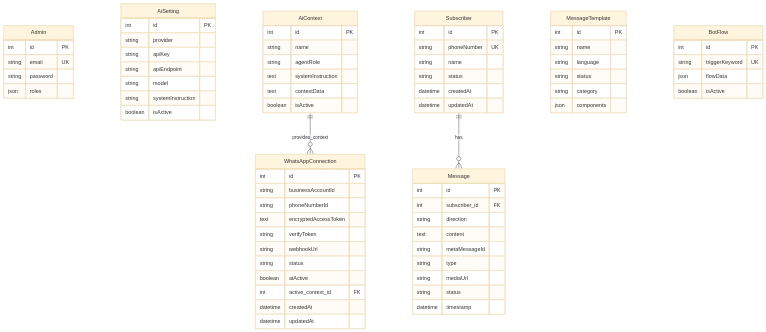
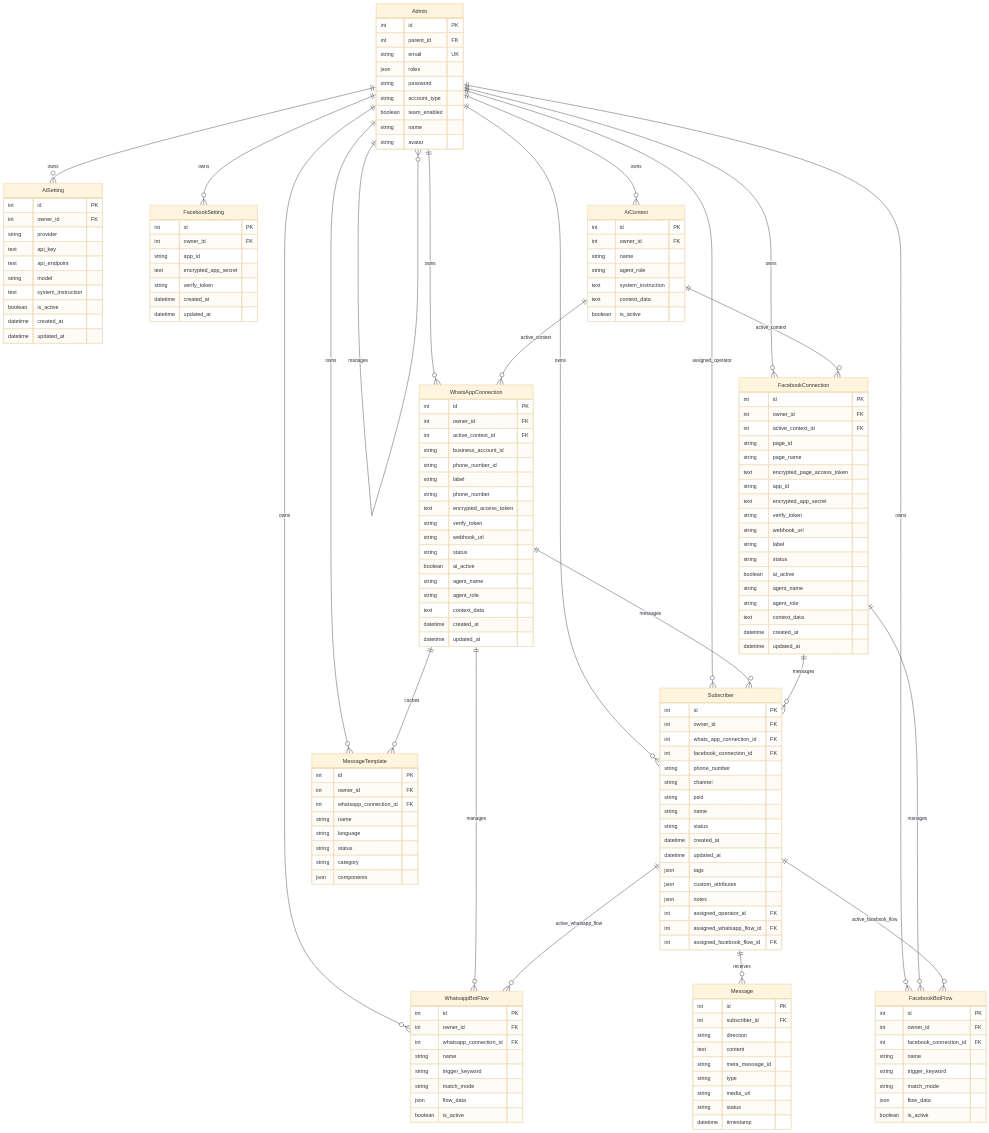
Before and after one commit to BloodCorrupt/OpenSquadron: the first of 2 diagrams in context.md, drawn with Mermaid (base theme). The commit also changed other lines of this file and 3 other files, not shown here.

````diff
--- a/context.md
+++ b/context.md
@@ -76,51 +93,108 @@
 erDiagram
     Admin {
         int id PK
+        int parent_id FK
         string email UK
+        json roles
         string password
-        json roles
+        string account_type
+        boolean team_enabled
+        string name
+        string avatar
     }
 
     WhatsAppConnection {
         int id PK
-        string businessAccountId
-        string phoneNumberId
-        text encryptedAccessToken
-        string verifyToken
-        string webhookUrl
+        int owner_id FK
+        int active_context_id FK
+        string business_account_id
+        string phone_number_id
+        string label
+        string phone_number
+        text encrypted_access_token
+        string verify_token
+        string webhook_url
         string status
-        boolean aiActive
+        boolean ai_active
+        string agent_name
+        string agent_role
+        text context_data
+        datetime created_at
+        datetime updated_at
+    }
+
+    FacebookConnection {
+        int id PK
+        int owner_id FK
         int active_context_id FK
-        datetime createdAt
-        datetime updatedAt
+        string page_id
+        string page_name
+        text encrypted_page_access_token
+        string app_id
+        text encrypted_app_secret
+        string verify_token
+        string webhook_url
+        string label
+        string status
+        boolean ai_active
+        string agent_name
+        string agent_role
+        text context_data
+        datetime created_at
+        datetime updated_at
     }
 
     AiSetting {
         int id PK
+        int owner_id FK
         string provider
-        string apiKey
-        string apiEndpoint
+        text api_key
+        text api_endpoint
         string model
-        string systemInstruction
-        boolean isActive
+        text system_instruction
+        boolean is_active
+        datetime created_at
+        datetime updated_at
+    }
+
+    FacebookSetting {
+        int id PK
+        int owner_id FK
+        string app_id
+        text encrypted_app_secret
+        string verify_token
+        datetime created_at
+        datetime updated_at
     }
 
     AiContext {
         int id PK
+        int owner_id FK
         string name
-        string agentRole
-        text systemInstruction
-        text contextData
-        boolean isActive
+        string agent_role
+        text system_instruction
+        text context_data
+        boolean is_active
     }
 
     Subscriber {
         int id PK
-        string phoneNumber UK
+        int owner_id FK
+        int whats_app_connection_id FK
+        int facebook_connection_id FK
+        string phone_number
+        string channel
+        string psid
         string name
         string status
-        datetime createdAt
-        datetime updatedAt
+        datetime created_at
+        datetime updated_at
+        json tags
+        json custom_attributes
+        json notes
+        int assigned_operator_id FK
+        int assigned_whatsapp_flow_id FK
+        int assigned_facebook_flow_id FK
     }
 
     Message {
@@ -128,15 +202,17 @@
         int subscriber_id FK
         string direction
         text content
-        string metaMessageId
+        string meta_message_id
         string type
-        string mediaUrl
+        string media_url
         string status
         datetime timestamp
     }
 
     MessageTemplate {
         int id PK
+        int owner_id FK
+        int whatsapp_connection_id FK
         string name
         string language
         string status
@@ -144,13 +220,50 @@
         json components
     }
 
-    BotFlow {
+    WhatsappBotFlow {
         int id PK
-        string triggerKeyword UK
-        json flowData
-        boolean isActive
+        int owner_id FK
+        int whatsapp_connection_id FK
+        string name
+        string trigger_keyword
+        string match_mode
+        json flow_data
+        boolean is_active
     }
 
-    Subscriber ||--o{ Message : has
-    AiContext ||--o{ WhatsAppConnection : provides_context
+    FacebookBotFlow {
+        int id PK
+        int owner_id FK
+        int facebook_connection_id FK
+        string name
+        string trigger_keyword
+        string match_mode
+        json flow_data
+        boolean is_active
+    }
+
+    Admin ||--o{ Admin : "manages"
+    Admin ||--o{ AiContext : "owns"
+    Admin ||--o{ AiSetting : "owns"
+    Admin ||--o{ FacebookSetting : "owns"
+    Admin ||--o{ WhatsAppConnection : "owns"
+    Admin ||--o{ FacebookConnection : "owns"
+    Admin ||--o{ MessageTemplate : "owns"
+    Admin ||--o{ WhatsappBotFlow : "owns"
+    Admin ||--o{ FacebookBotFlow : "owns"
+    Admin ||--o{ Subscriber : "owns"
+    Admin ||--o{ Subscriber : "assigned_operator"
+
+    AiContext ||--o{ WhatsAppConnection : "active_context"
+    AiContext ||--o{ FacebookConnection : "active_context"
+
+    WhatsAppConnection ||--o{ WhatsappBotFlow : "manages"
+    FacebookConnection ||--o{ FacebookBotFlow : "manages"
+    WhatsAppConnection ||--o{ MessageTemplate : "caches"
+    WhatsAppConnection ||--o{ Subscriber : "messages"
+    FacebookConnection ||--o{ Subscriber : "messages"
+
+    Subscriber ||--o{ Message : "receives"
+    Subscriber ||--o{ WhatsappBotFlow : "active_whatsapp_flow"
+    Subscriber ||--o{ FacebookBotFlow : "active_facebook_flow"
 ```
````
